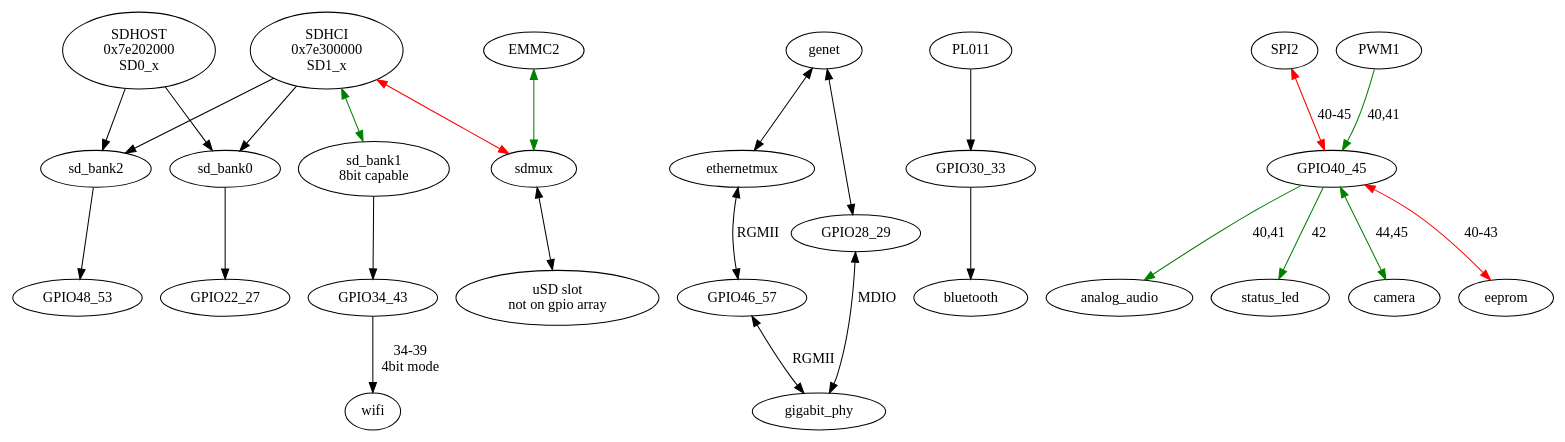
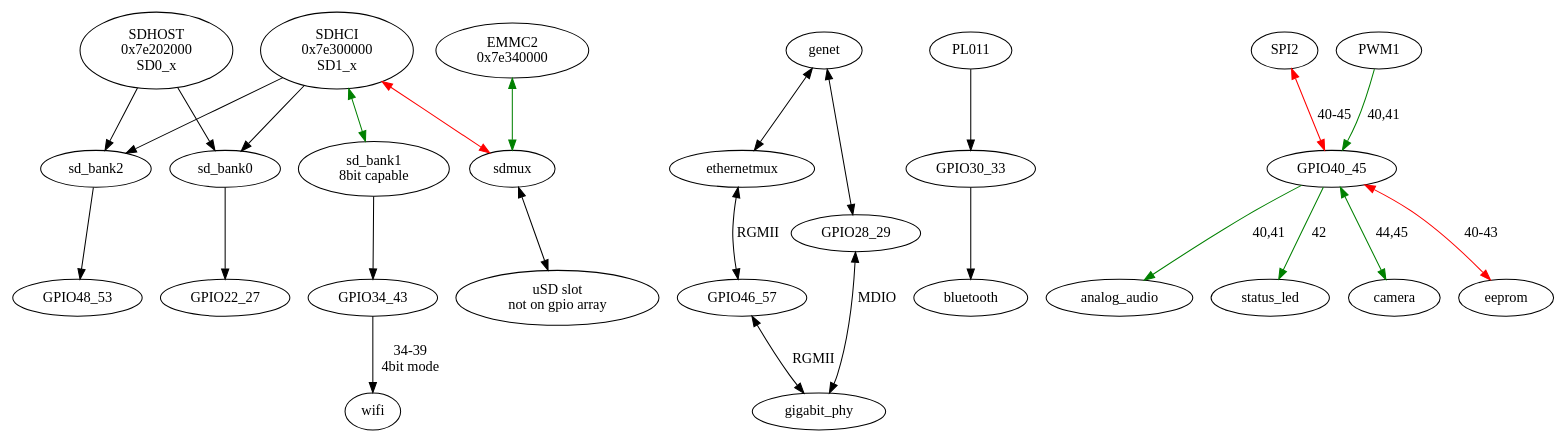
Before and after one commit to librerpi/rpi-open-firmware: the diagram in docs/rpi4-gpio-mux.dot, drawn with Graphviz. The commit also changed 1 other file, not shown here.

Commit message:
add in the EMMC2 addr

```diff
--- a/docs/rpi4-gpio-mux.dot
+++ b/docs/rpi4-gpio-mux.dot
@@ -1,43 +1,43 @@
 digraph {
   sdhost [label="SDHOST\n0x7e202000\nSD0_x"]
   sdhci [label="SDHCI\n0x7e300000\nSD1_x"]
-  EMMC2
+  EMMC2 [label="EMMC2\n0x7e340000"]
   genet
 
   sd_bank0 -> GPIO22_27
   sd_bank1 -> GPIO34_43
   sd_bank2 -> GPIO48_53
 
   sdhost -> sd_bank0
   sdhost -> sd_bank2
 
   PL011 -> GPIO30_33
 
   EMMC2 -> sdmux [color=green,dir=both]
 
   sdhci -> sd_bank0
   sdhci -> sd_bank1 [color=green,dir=both]
   sdhci -> sd_bank2
   sdhci -> sdmux [color=red,dir=both]
 
   genet -> ethernetmux [dir=both]
   genet -> GPIO28_29 [dir=both]
   ethernetmux -> GPIO46_57 [label="RGMII",dir=both]
 
   sdmux -> uSD [dir=both]
 
   uSD [label="uSD slot\nnot on gpio array"]
   sd_bank1 [label="sd_bank1\n8bit capable"]
 
   SPI2 -> GPIO40_45 [label="40-45",color=red,dir=both]
   PWM1 -> GPIO40_45 [label="40,41",color=green]
 
   GPIO28_29 -> gigabit_phy [label="MDIO",dir=both]
   GPIO30_33 -> bluetooth
   GPIO34_43 -> wifi [label="34-39\n4bit mode"]
   GPIO40_45 -> analog_audio [label="40,41",color=green]
   GPIO40_45 -> status_led [label="42",color=green]
   GPIO40_45 -> camera [label="44,45",color=green,dir=both]
   GPIO40_45 -> eeprom [label="40-43",color=red,dir=both]
   GPIO46_57 -> gigabit_phy [label="RGMII",dir=both]
 }
```
